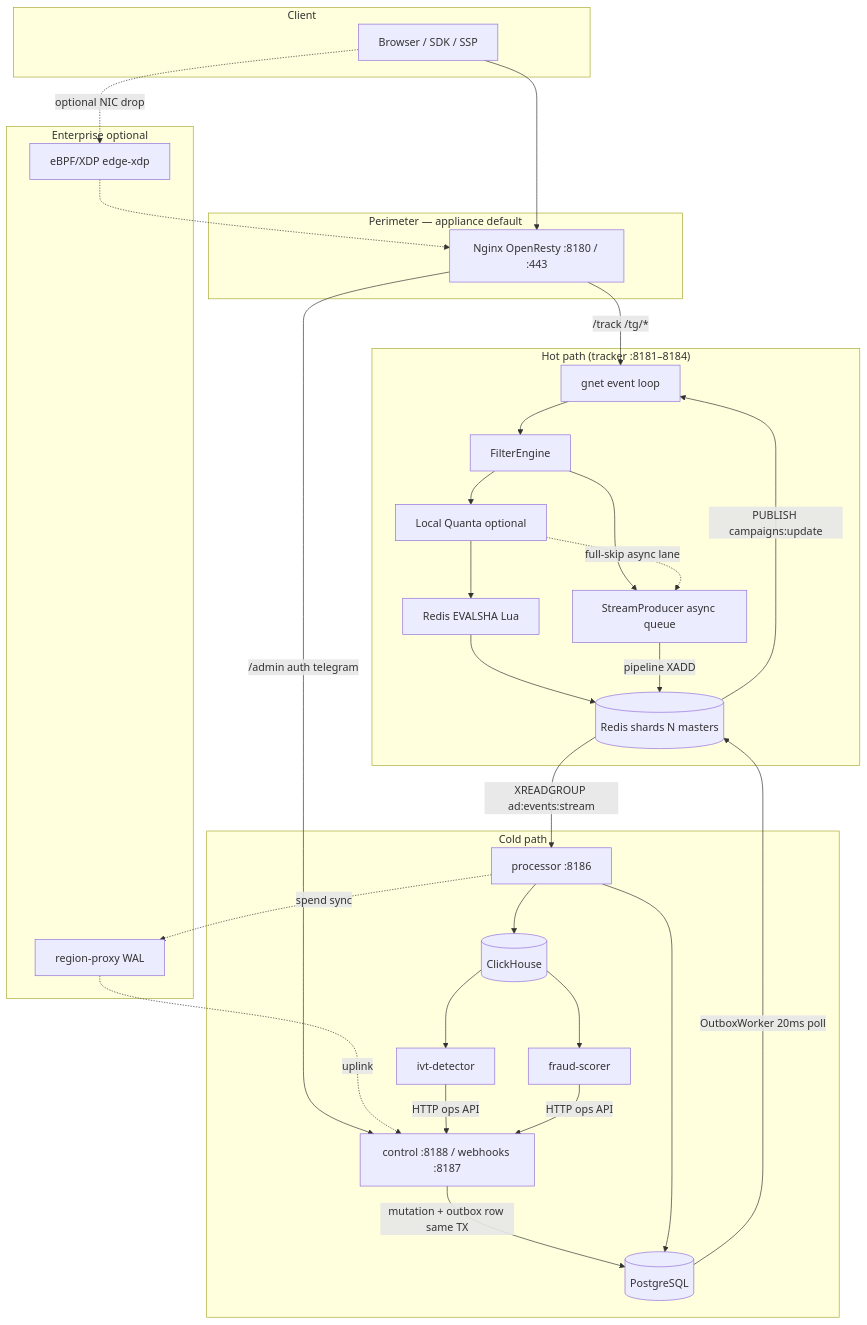
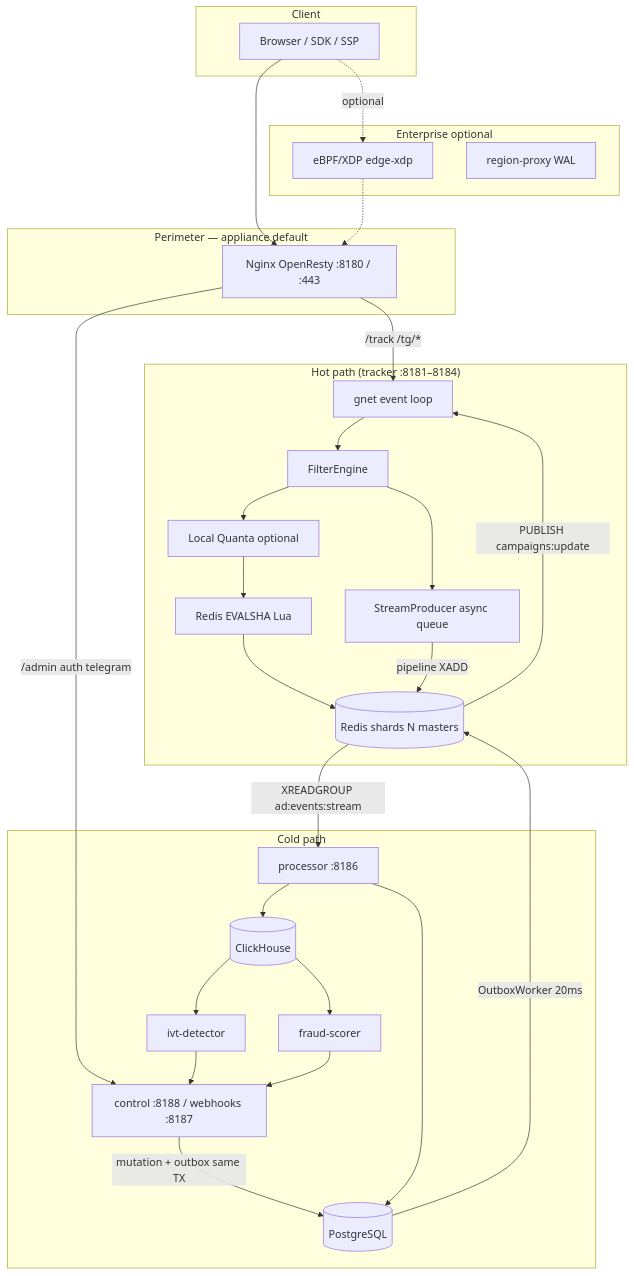
Before and after one commit to mykhailov-ua/ad-event-processor: the first of 2 diagrams in docs/ARCHITECTURE.md, drawn with Mermaid. The commit also changed other lines of this file and 18 other files, not shown here.

Commit message:
Restructure docs routing, index, and architecture guides.

````diff
--- a/docs/ARCHITECTURE.md
+++ b/docs/ARCHITECTURE.md
@@ -9,62 +7,46 @@
 ```mermaid
 flowchart TB
     subgraph Client
         C[Browser / SDK / SSP]
     end
-
     subgraph Perimeter["Perimeter — appliance default"]
         NGX[Nginx OpenResty :8180 / :443]
     end
-
     subgraph EnterpriseOpt["Enterprise optional"]
         XDP[eBPF/XDP edge-xdp]
         RP[region-proxy WAL]
     end
-
     subgraph HotPath["Hot path (tracker :8181–8184)"]
         GNET[gnet event loop]
         FE[FilterEngine]
         LUA[Redis EVALSHA Lua]
         LQ[Local Quanta optional]
         SP[StreamProducer async queue]
         RS[(Redis shards N masters)]
     end
-
     subgraph ColdPath["Cold path"]
         CTRL[control :8188 / webhooks :8187]
         PG[(PostgreSQL)]
         PROC[processor :8186]
         CH[(ClickHouse)]
         IVT[ivt-detector]
         FS[fraud-scorer]
     end
-
     C --> NGX
-    C -. optional NIC drop .-> XDP
+    C -. optional .-> XDP
     XDP -.-> NGX
     NGX -->|/track /tg/*| GNET
     NGX -->|/admin auth telegram| CTRL
-
-    GNET --> FE
-    FE --> LQ
-    LQ --> LUA
-    LUA --> RS
-    FE --> SP
-    SP -->|pipeline XADD| RS
-    LQ -.->|full-skip async lane| SP
-
-    CTRL -->|mutation + outbox row same TX| PG
-    PG -->|OutboxWorker 20ms poll| RS
+    GNET --> FE --> LQ --> LUA --> RS
+    FE --> SP -->|pipeline XADD| RS
+    CTRL -->|mutation + outbox same TX| PG
+    PG -->|OutboxWorker 20ms| RS
     RS -->|PUBLISH campaigns:update| GNET
-
     RS -->|XREADGROUP ad:events:stream| PROC
     PROC --> PG
     PROC --> CH
-    PROC -. spend sync .-> RP
-    RP -. uplink .-> CTRL
-
     CH --> IVT
     CH --> FS
-    IVT -->|HTTP ops API| CTRL
-    FS -->|HTTP ops API| CTRL
+    IVT --> CTRL
+    FS --> CTRL
 ```
````
